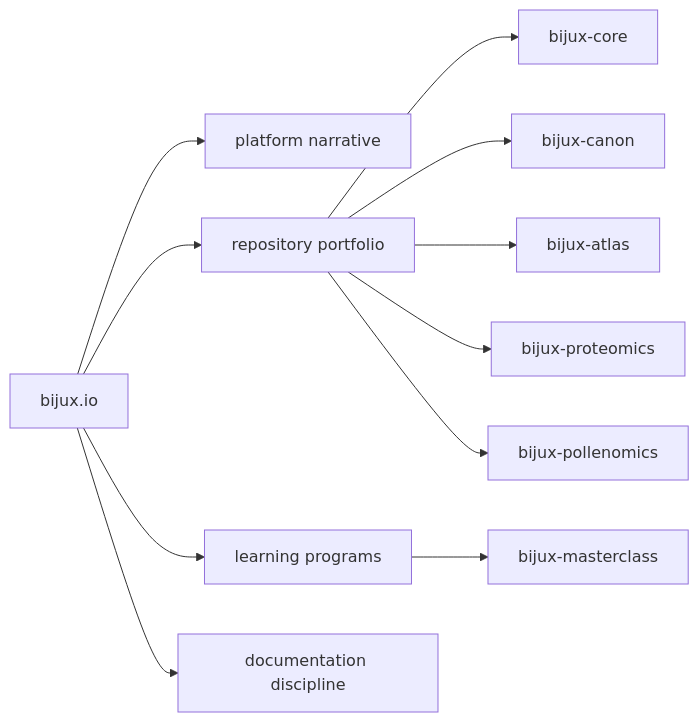
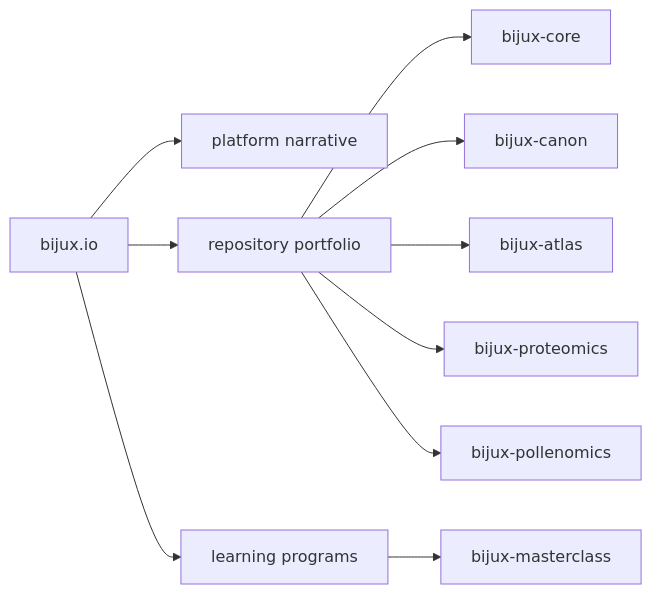
One commit to bijux/bijux.github.io changed the diagram in docs/index.md. Above: the diagram before and after it, drawn with Mermaid. The commit also changed other lines of this file and 1 other file, not shown here.

Commit message:
refactor(nav): remove public stewardship branch

````diff
--- a/docs/index.md
+++ b/docs/index.md
@@ -86,24 +86,22 @@
 ```mermaid
 flowchart LR
     hub["bijux.io"]
     platform["platform narrative"]
     projects["repository portfolio"]
     learning["learning programs"]
-    stewardship["documentation discipline"]
     core["bijux-core"]
     canon["bijux-canon"]
     atlas["bijux-atlas"]
     proteomics["bijux-proteomics"]
     pollenomics["bijux-pollenomics"]
     masterclass["bijux-masterclass"]
     hub --> platform
     hub --> projects
     hub --> learning
-    hub --> stewardship
     projects --> core
     projects --> canon
     projects --> atlas
     projects --> proteomics
     projects --> pollenomics
     learning --> masterclass
 ```
````
